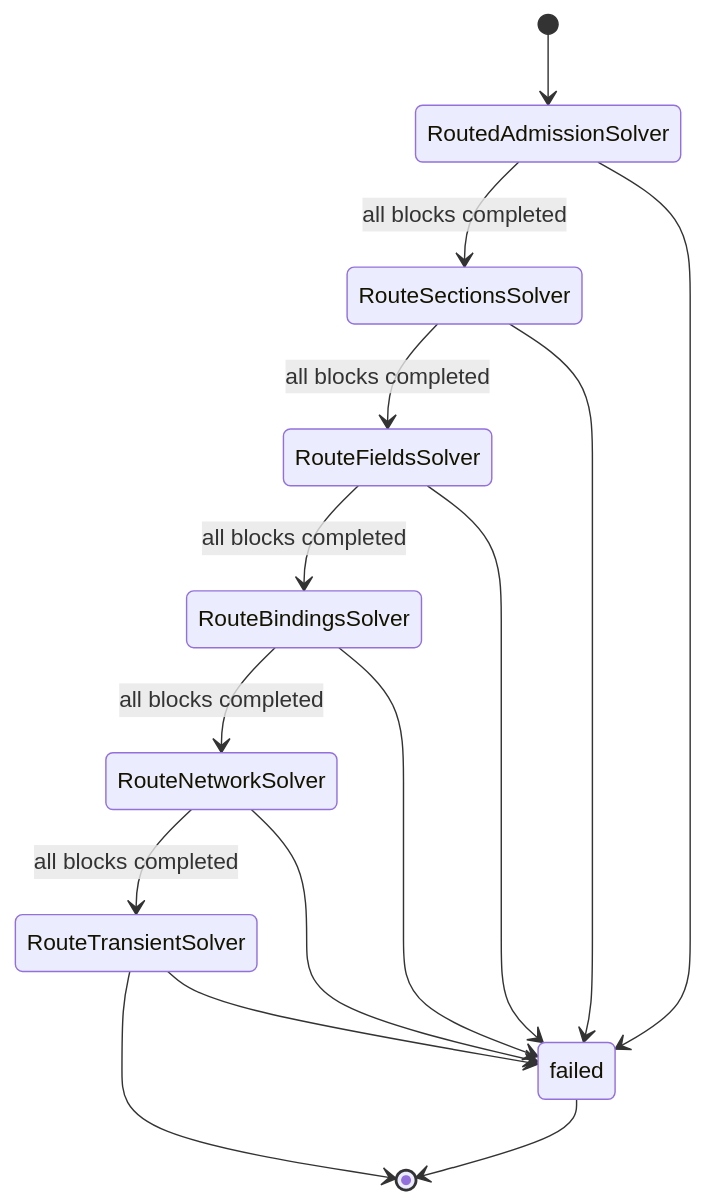
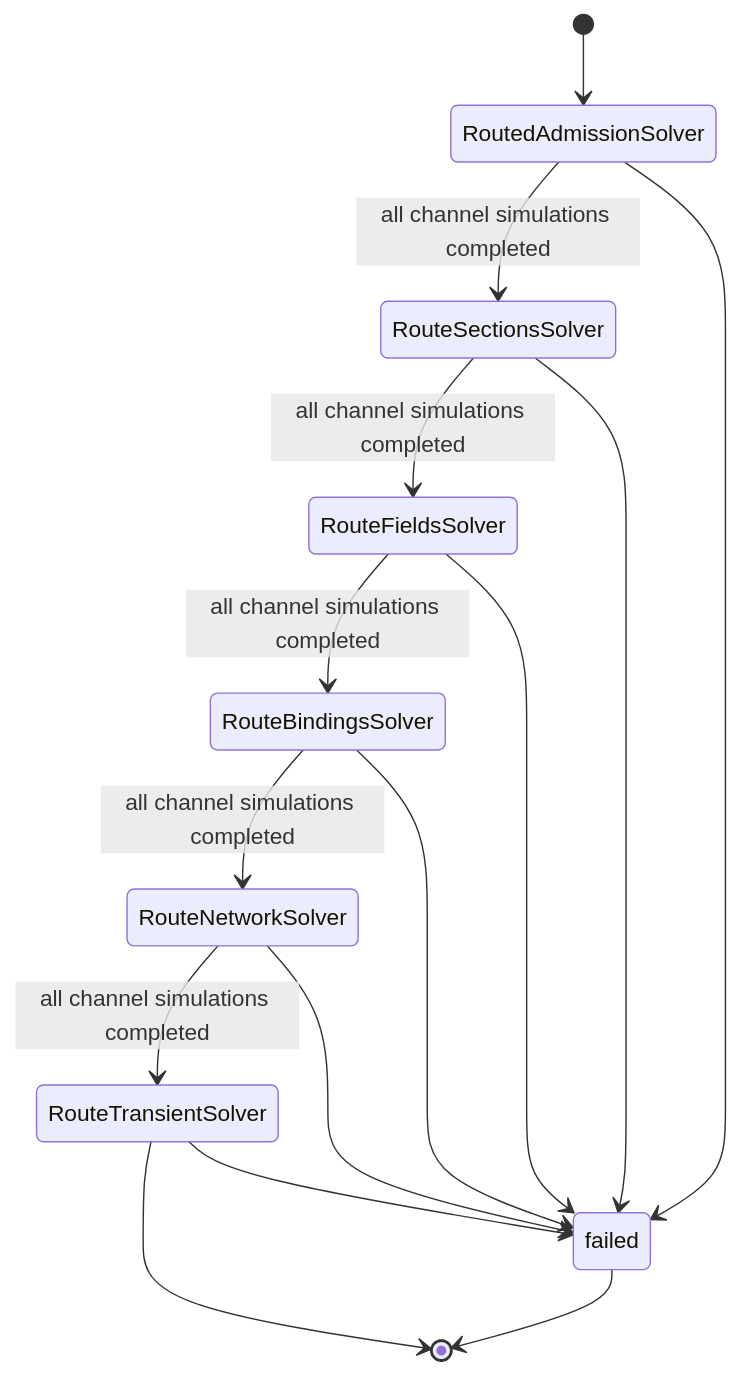
One commit to draarivpatel-ui/signal-integrity-pipeline changed the fifth of 5 diagrams in docs/ARCHITECTURE.md. Above: the diagram before and after it, drawn with Mermaid. The commit also changed other lines of this file and 9 other files, not shown here.

````diff
--- a/docs/ARCHITECTURE.md
+++ b/docs/ARCHITECTURE.md
@@ -143,17 +143,17 @@
 ```mermaid
 stateDiagram-v2
   [*] --> RoutedAdmissionSolver
-  RoutedAdmissionSolver --> RouteSectionsSolver: all blocks completed
-  RouteSectionsSolver --> RouteFieldsSolver: all blocks completed
-  RouteFieldsSolver --> RouteBindingsSolver: all blocks completed
-  RouteBindingsSolver --> RouteNetworkSolver: all blocks completed
-  RouteNetworkSolver --> RouteTransientSolver: all blocks completed
+  RoutedAdmissionSolver --> RouteSectionsSolver: all channel simulations completed
+  RouteSectionsSolver --> RouteFieldsSolver: all channel simulations completed
+  RouteFieldsSolver --> RouteBindingsSolver: all channel simulations completed
+  RouteBindingsSolver --> RouteNetworkSolver: all channel simulations completed
+  RouteNetworkSolver --> RouteTransientSolver: all channel simulations completed
   RouteTransientSolver --> [*]
   RoutedAdmissionSolver --> failed
   RouteSectionsSolver --> failed
   RouteFieldsSolver --> failed
   RouteBindingsSolver --> failed
   RouteNetworkSolver --> failed
   RouteTransientSolver --> failed
   failed --> [*]
 ```
````
